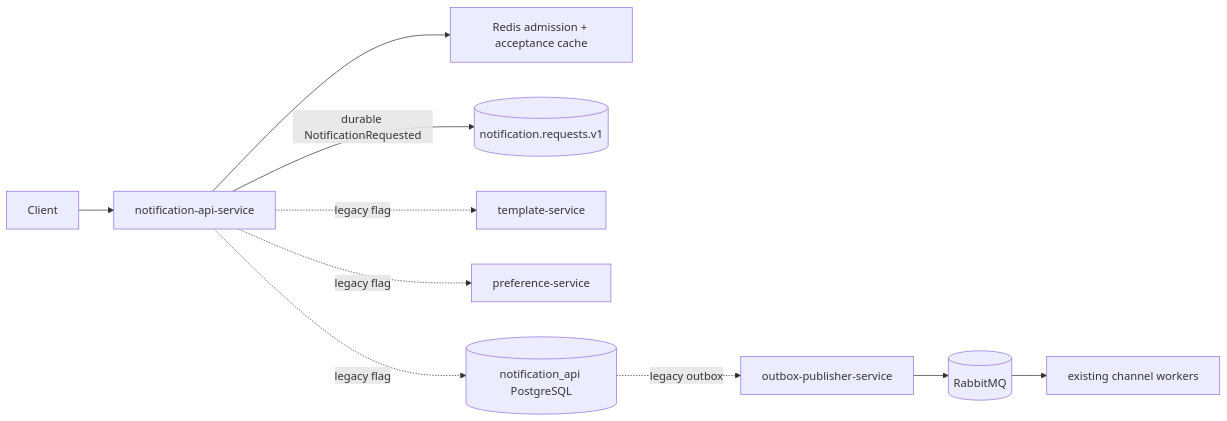
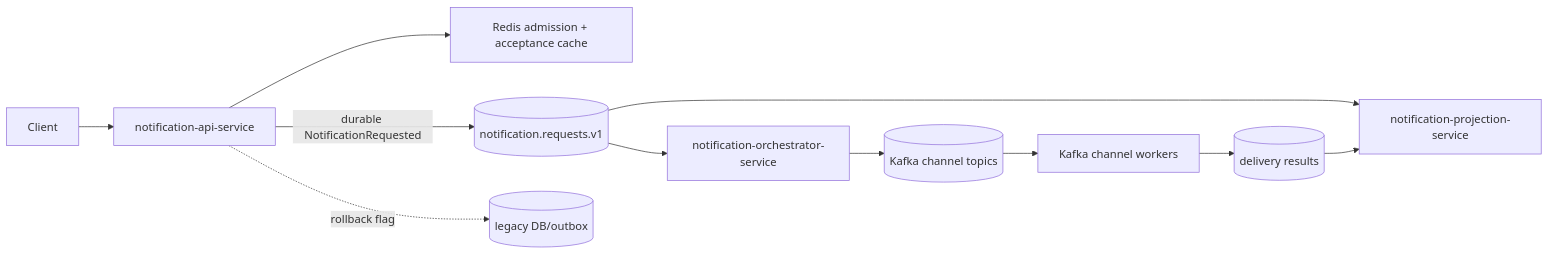
The first of 5 diagrams in docs/kafka-first-architecture.md (NazarbayND/notification-platform), drawn with Mermaid before and after one commit. The commit also changed other lines of this file and 73 other files, not shown here.

Commit message:
feat: complete kafka delivery migration

````diff
--- a/docs/kafka-first-architecture.md
+++ b/docs/kafka-first-architecture.md
@@ -7,12 +7,12 @@
 ```mermaid
 flowchart LR
     C[Client] --> API[notification-api-service]
     API --> AC[Redis admission + acceptance cache]
     API -->|durable NotificationRequested| K[(notification.requests.v1)]
-    API -. legacy flag .-> T[template-service]
-    API -. legacy flag .-> P[preference-service]
-    API -. legacy flag .-> DB[(notification_api PostgreSQL)]
-    DB -. legacy outbox .-> O[outbox-publisher-service]
-    O --> R[(RabbitMQ)]
-    R --> W[existing channel workers]
+    K --> ORCH[notification-orchestrator-service]
+    ORCH --> CH[(Kafka channel topics)]
+    CH --> W[Kafka channel workers]
+    W --> RES[(delivery results)]
+    K & RES --> PROJ[notification-projection-service]
+    API -. rollback flag .-> DB[(legacy DB/outbox)]
 ```
````
